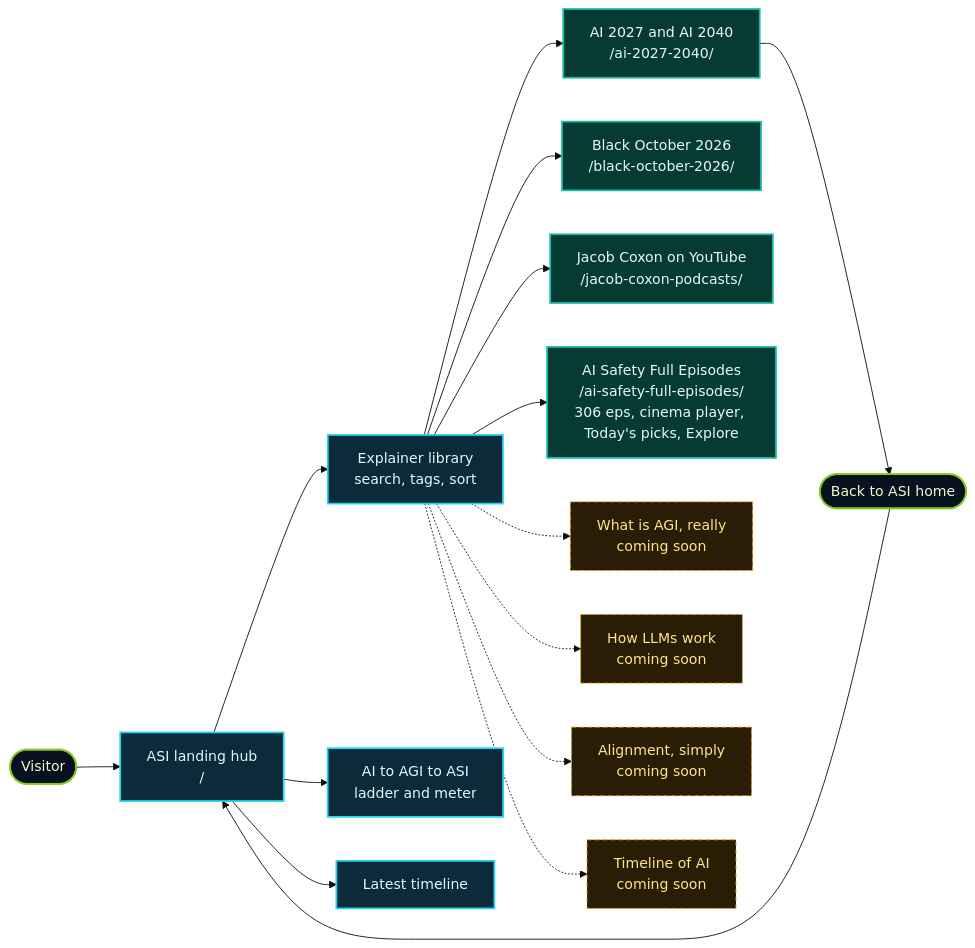
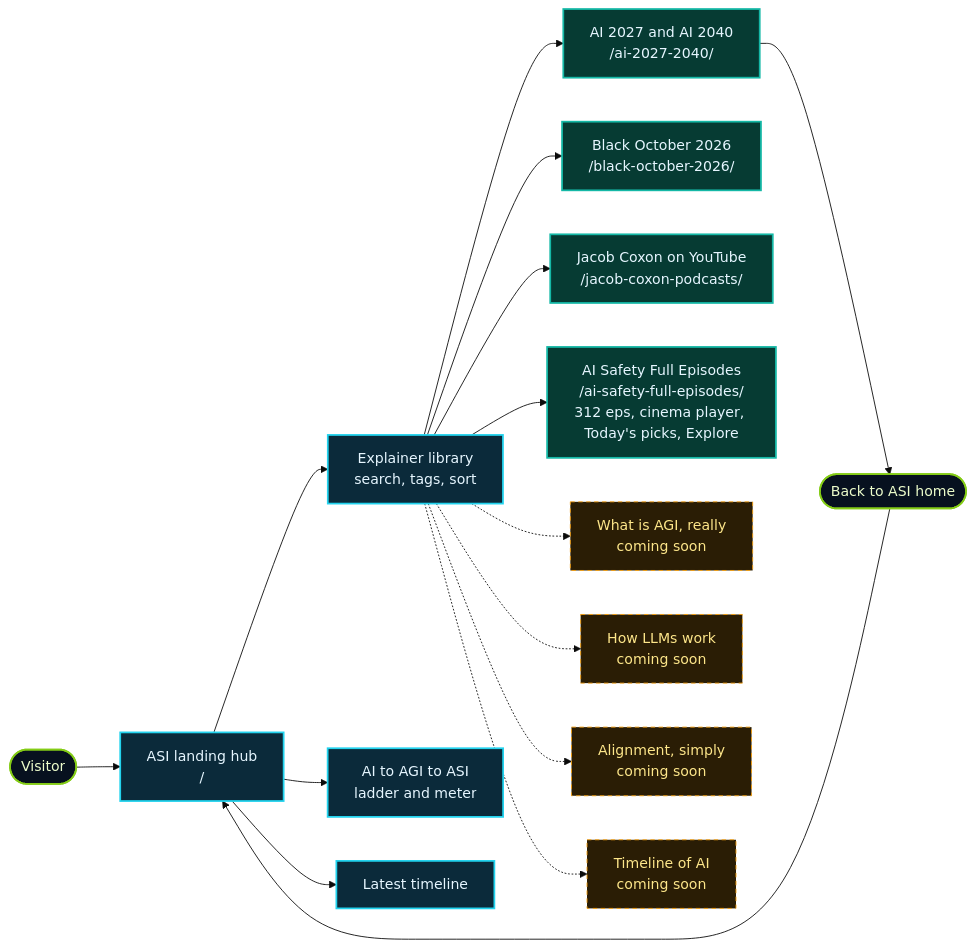
The first of 12 diagrams in README.md (lo3elyon/ASI), drawn with Mermaid (base theme) before and after one commit. The commit also changed other lines of this file, not shown here.

Commit message:
ASI hub: AI Safety Full Episodes now 312 episodes, Just added row (README.md)

````diff
--- a/README.md
+++ b/README.md
@@ -70,25 +70,25 @@
 ```mermaid
 flowchart LR
     V(["Visitor"]) --> H["ASI landing hub<br/>/"]
     H --> L["Explainer library<br/>search, tags, sort"]
     H --> G["AI to AGI to ASI<br/>ladder and meter"]
     H --> T["Latest timeline"]
     L --> E1["AI 2027 and AI 2040<br/>/ai-2027-2040/"]
     L --> E6["Black October 2026<br/>/black-october-2026/"]
     L --> E7["Jacob Coxon on YouTube<br/>/jacob-coxon-podcasts/"]
-    L --> E8["AI Safety Full Episodes<br/>/ai-safety-full-episodes/<br/>306 eps, cinema player, Today's picks, Explore"]
+    L --> E8["AI Safety Full Episodes<br/>/ai-safety-full-episodes/<br/>312 eps, cinema player, Today's picks, Explore"]
     L -.-> E2["What is AGI, really<br/>coming soon"]
     L -.-> E3["How LLMs work<br/>coming soon"]
     L -.-> E4["Alignment, simply<br/>coming soon"]
     L -.-> E5["Timeline of AI<br/>coming soon"]
     E1 --> B(["Back to ASI home"])
     B --> H
     classDef hub fill:#0b2a3a,stroke:#22d3ee,stroke-width:2px,color:#e6f6ff
     classDef live fill:#063b33,stroke:#14b8a6,stroke-width:2px,color:#e6f6ff
     classDef soon fill:#2a1d05,stroke:#f59e0b,stroke-dasharray:5 4,color:#fde68a
     classDef user fill:#07111f,stroke:#84cc16,stroke-width:2px,color:#ecfccb
     class H,L,G,T hub
     class E1,E6,E7,E8 live
     class E2,E3,E4,E5 soon
     class V,B user
 ```
````
